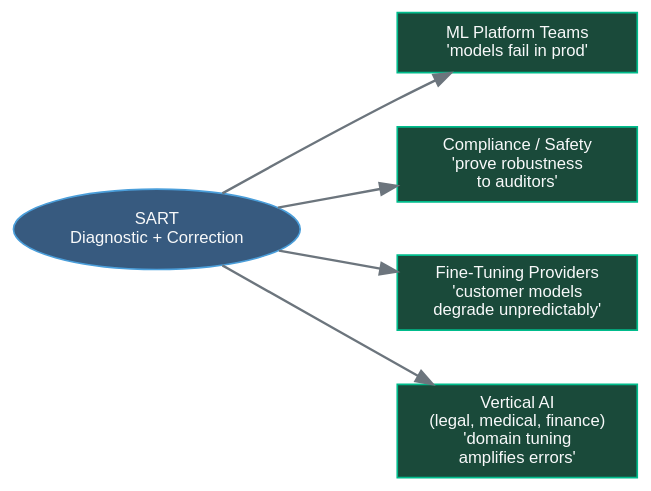
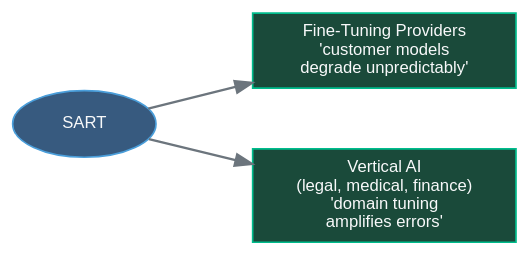
Before and after one commit to HongyuCao3/short-cut-aware-data-centric-reasoning: the second of 6 diagrams in docs/investor/market.qmd, drawn with Graphviz. The commit also changed other lines of this file and 6 other files, not shown here.

````diff
--- a/docs/investor/market.qmd
+++ b/docs/investor/market.qmd
@@ -8,27 +31,22 @@
 ```{dot}
-//| label: fig-market-segments
-//| fig-cap: "Four buyer segments with distinct entry points"
-//| fig-width: 7.5
-//| fig-height: 3.5
+//| label: fig-segment-bottom
+//| fig-cap: "Buyer segment 3 & 4: fine-tuning providers and vertical AI"
+//| fig-width: 6
+//| fig-height: 2.5
 digraph G {
   bgcolor="transparent"
   rankdir=LR
-  graph [ranksep=0.8, nodesep=0.45]
+  graph [ranksep=0.8, nodesep=0.5]
   node [style=filled, fillcolor="#2c3035", color="#4a9eda",
         fontcolor="#f8f9fa", fontname="Arial", fontsize=10,
-        shape=box, width=2.0, height=0.5, margin="0.12,0.08"]
+        shape=box, width=2.2, height=0.55, margin="0.12,0.08"]
   edge [color="#6c757d", penwidth=1.4]
 
-  SART [label="SART\nDiagnostic + Correction", fillcolor="#375a7f", shape=ellipse, width=2.2]
-
-  P1 [label="ML Platform Teams\n'models fail in prod'", fillcolor="#1a4a3a", color="#00bc8c"]
-  P2 [label="Compliance / Safety\n'prove robustness\nto auditors'", fillcolor="#1a4a3a", color="#00bc8c"]
+  SART [label="SART", fillcolor="#375a7f", shape=ellipse, width=1.2]
   P3 [label="Fine-Tuning Providers\n'customer models\ndegrade unpredictably'", fillcolor="#1a4a3a", color="#00bc8c"]
   P4 [label="Vertical AI\n(legal, medical, finance)\n'domain tuning\namplifies errors'", fillcolor="#1a4a3a", color="#00bc8c"]
 
-  SART -> P1
-  SART -> P2
   SART -> P3
   SART -> P4
 }
 ```
````
